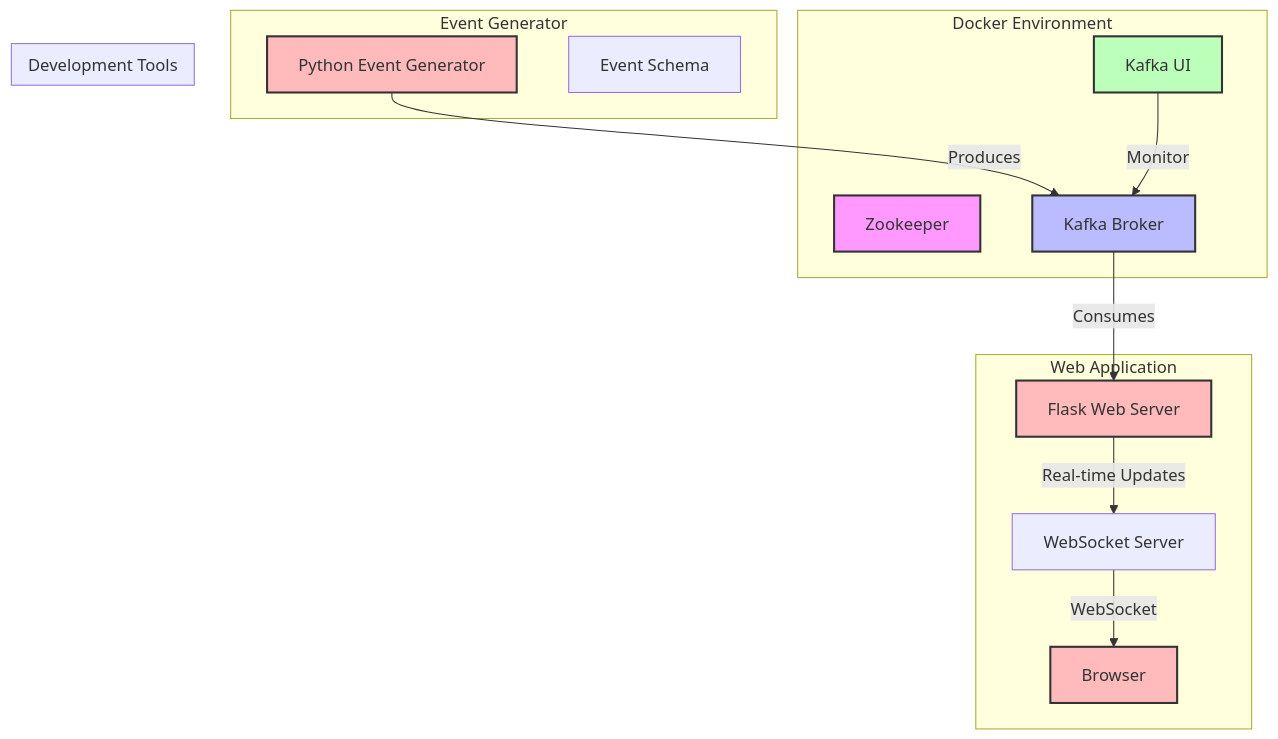
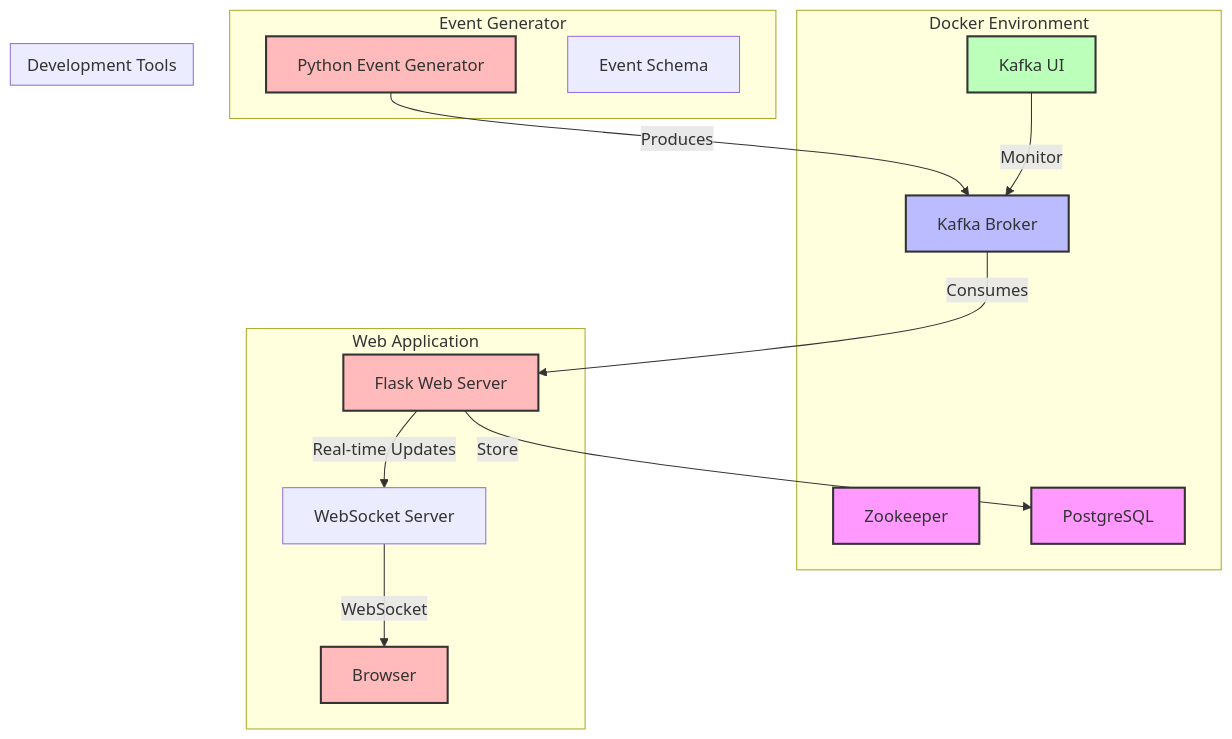
The diagram in README.md (NTTRocco/testCursorCoding), drawn with Mermaid before and after one commit. The commit also changed other lines of this file and 2 other files, not shown here.

````diff
--- a/README.md
+++ b/README.md
@@ -7,33 +7,36 @@
 ```mermaid
 graph TB
     subgraph "Docker Environment"
         Z[Zookeeper]
         K[Kafka Broker]
         KUI[Kafka UI]
+        PG[PostgreSQL]
     end
 
     subgraph "Event Generator"
         EG[Python Event Generator]
         ES[Event Schema]
         EG -->|Produces| K
     end
 
     subgraph "Web Application"
         WA[Flask Web Server]
         WC[WebSocket Server]
         K -->|Consumes| WA
         WA -->|Real-time Updates| WC
         WC -->|WebSocket| B[Browser]
+        WA -->|Store| PG
     end
 
     subgraph "Development Tools"
         KUI -->|Monitor| K
     end
 
     style Z fill:#f9f,stroke:#333,stroke-width:2px
     style K fill:#bbf,stroke:#333,stroke-width:2px
     style KUI fill:#bfb,stroke:#333,stroke-width:2px
+    style PG fill:#f9f,stroke:#333,stroke-width:2px
     style EG fill:#fbb,stroke:#333,stroke-width:2px
     style WA fill:#fbb,stroke:#333,stroke-width:2px
     style B fill:#fbb,stroke:#333,stroke-width:2px
 ```
````
